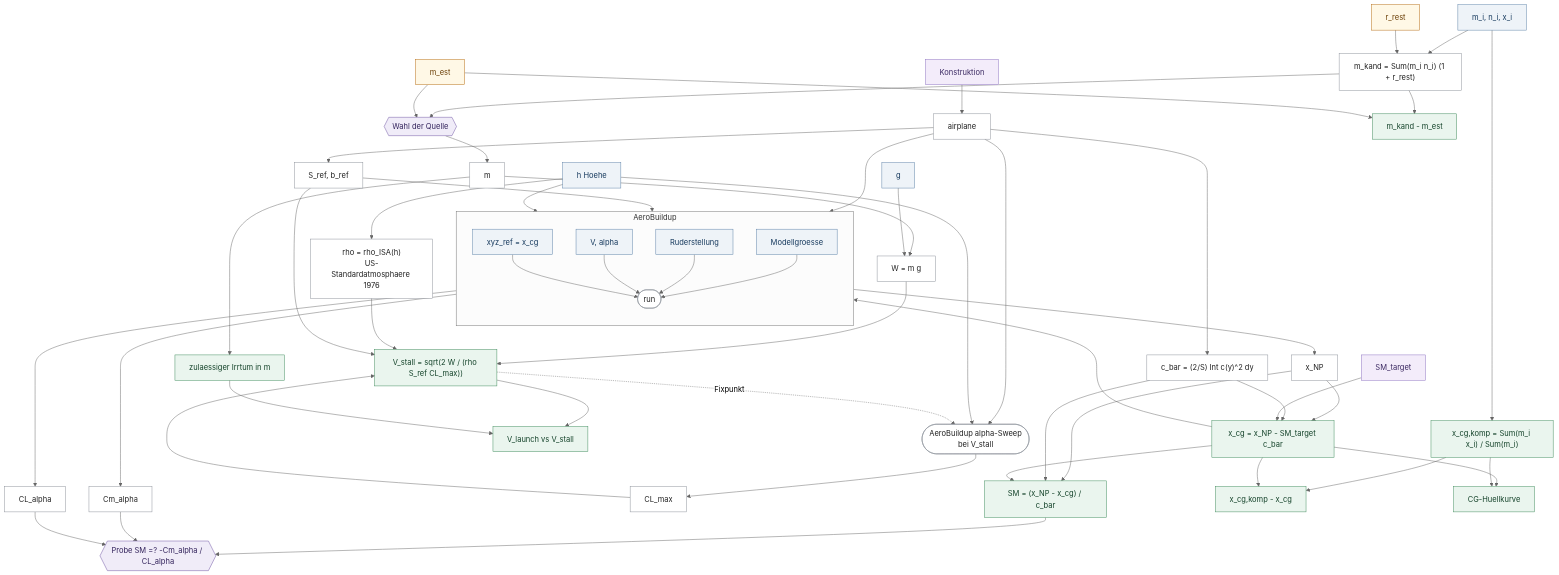
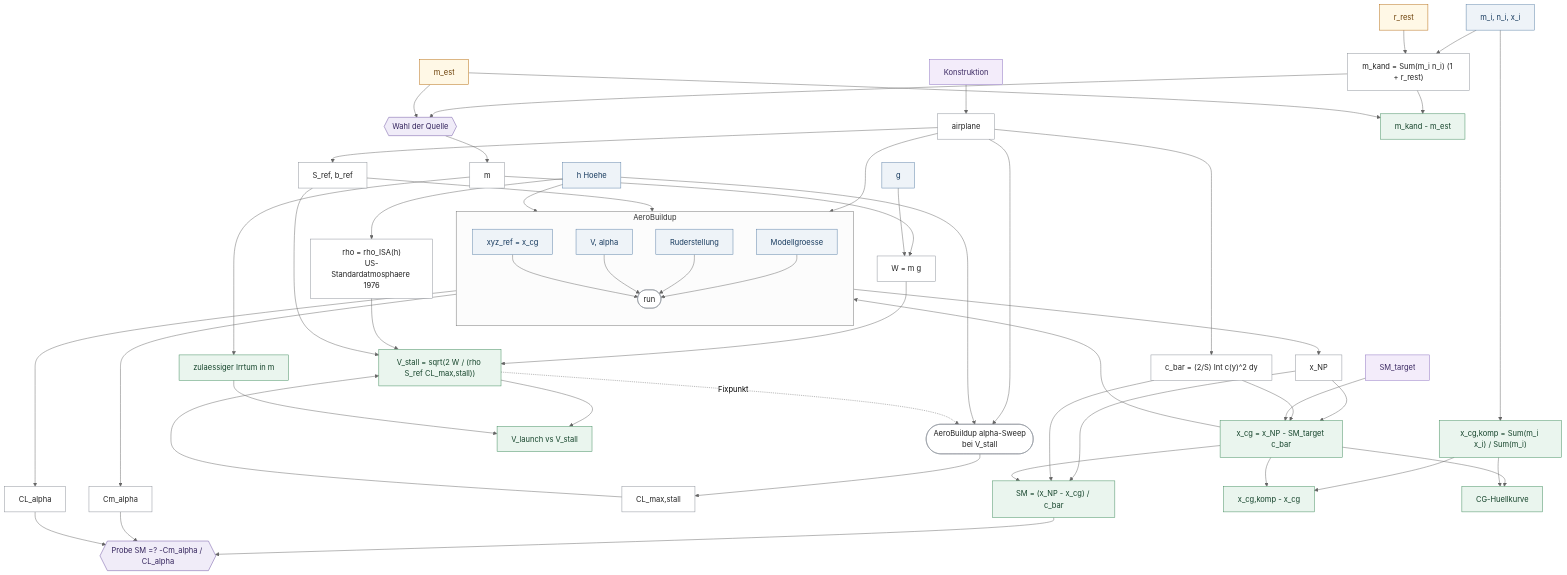
The second of 2 diagrams in _reversa_sdd/calculations/canon/PFAD3.md (szymansk/da3Dalus), drawn with Mermaid (neutral theme) before and after one commit. The commit also changed other lines of this file and 2 other files, not shown here.

```diff
--- a/_reversa_sdd/calculations/canon/PFAD3.md
+++ b/_reversa_sdd/calculations/canon/PFAD3.md
@@ -465,7 +465,7 @@
   CLA["CL_alpha"]:::drv
 
   SWEEP(["AeroBuildup alpha-Sweep<br/>bei V_stall"]):::drv
-  CLMAX["CL_max"]:::drv
+  CLMAX["CL_max,stall"]:::drv
 
   CGD["x_cg = x_NP - SM_target c_bar"]:::out
   SM["SM = (x_NP - x_cg) / c_bar"]:::out
@@ -474,7 +474,7 @@
   DIVM["m_kand - m_est"]:::out
   DIVC["x_cg,komp - x_cg"]:::out
 
-  VS["V_stall = sqrt(2 W / (rho S_ref CL_max))"]:::out
+  VS["V_stall = sqrt(2 W / (rho S_ref CL_max,stall))"]:::out
   ENV["CG-Huellkurve"]:::out
   MENV["zulaessiger Irrtum in m"]:::out
   HAND["V_launch vs V_stall"]:::out
```
